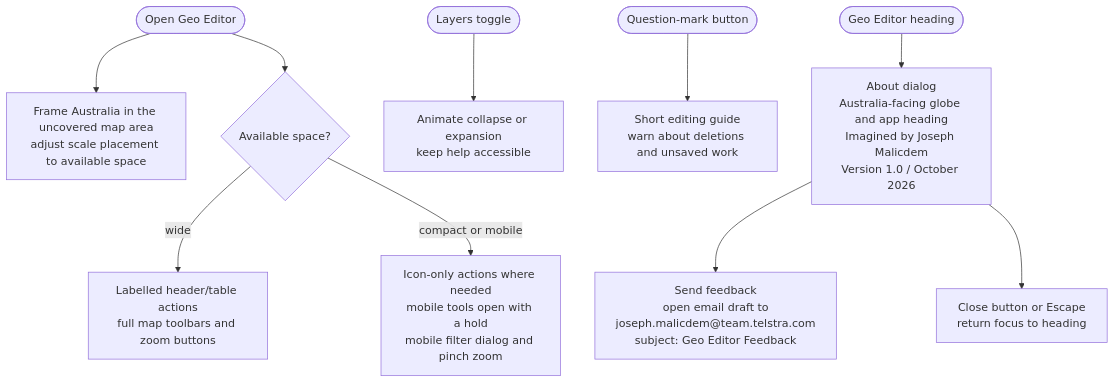
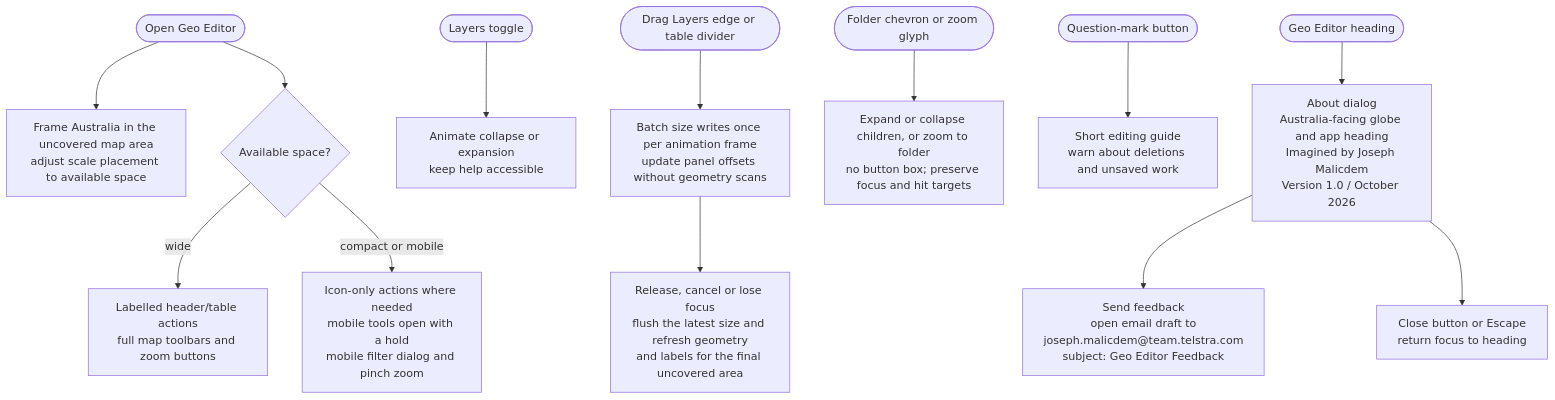
Before and after one commit to telstra-joseph/geoeditor: the tenth of 10 diagrams in FLOWCHART.md, drawn with Mermaid. The commit also changed other lines of this file and 25 other files, not shown here.

````diff
--- a/FLOWCHART.md
+++ b/FLOWCHART.md
@@ -248,12 +302,15 @@
 ```mermaid
 flowchart TD
     Start(["Open Geo Editor"]) --> Map["Frame Australia in the uncovered map area<br/>adjust scale placement to available space"]
     Start --> Layout{"Available space?"}
     Layout -->|"wide"| Wide["Labelled header/table actions<br/>full map toolbars and zoom buttons"]
     Layout -->|"compact or mobile"| Compact["Icon-only actions where needed<br/>mobile tools open with a hold<br/>mobile filter dialog and pinch zoom"]
     Sidebar(["Layers toggle"]) --> Panels["Animate collapse or expansion<br/>keep help accessible"]
+    Resize(["Drag Layers edge or table divider"]) --> Frame["Batch size writes once per animation frame<br/>update panel offsets without geometry scans"]
+    Frame --> Release["Release, cancel or lose focus<br/>flush the latest size and refresh geometry<br/>and labels for the final uncovered area"]
+    Folder(["Folder chevron or zoom glyph"]) --> FolderAction["Expand or collapse children, or zoom to folder<br/>no button box; preserve focus and hit targets"]
     Help(["Question-mark button"]) --> Guide["Short editing guide<br/>warn about deletions and unsaved work"]
     Title(["Geo Editor heading"]) --> About["About dialog<br/>Australia-facing globe and app heading<br/>Imagined by Joseph Malicdem<br/>Version 1.0 / October 2026"]
     About --> Feedback["Send feedback<br/>open email draft to<br/>joseph.malicdem@team.telstra.com<br/>subject: Geo Editor Feedback"]
     About --> Close["Close button or Escape<br/>return focus to heading"]
 ```
````
